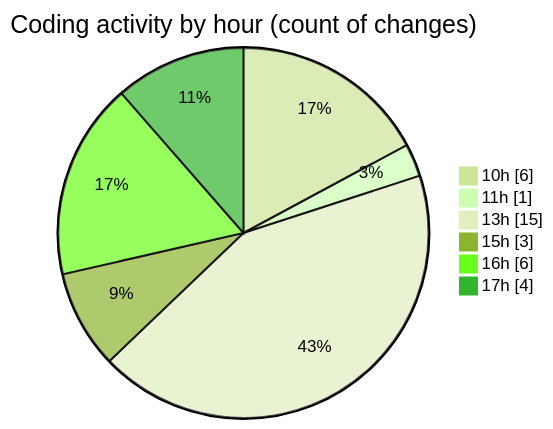
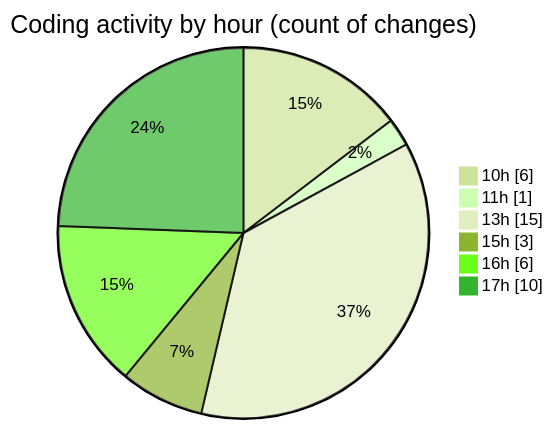
The second of 2 diagrams in 2026-03-13/nxtqube_webapp/README.md (nxtqubesakshisongat/code-tracking), drawn with Mermaid (forest theme) before and after one commit. The commit also changed other lines of this file and 1 other file, not shown here.

````diff
--- a/2026-03-13/nxtqube_webapp/README.md
+++ b/2026-03-13/nxtqube_webapp/README.md
@@ -30,10 +33,10 @@
 ```mermaid
 pie showData
 title Coding activity by hour (count of changes)
 "10h" : 6
 "11h" : 1
 "13h" : 15
 "15h" : 3
 "16h" : 6
-"17h" : 4
+"17h" : 10
 ```
````
